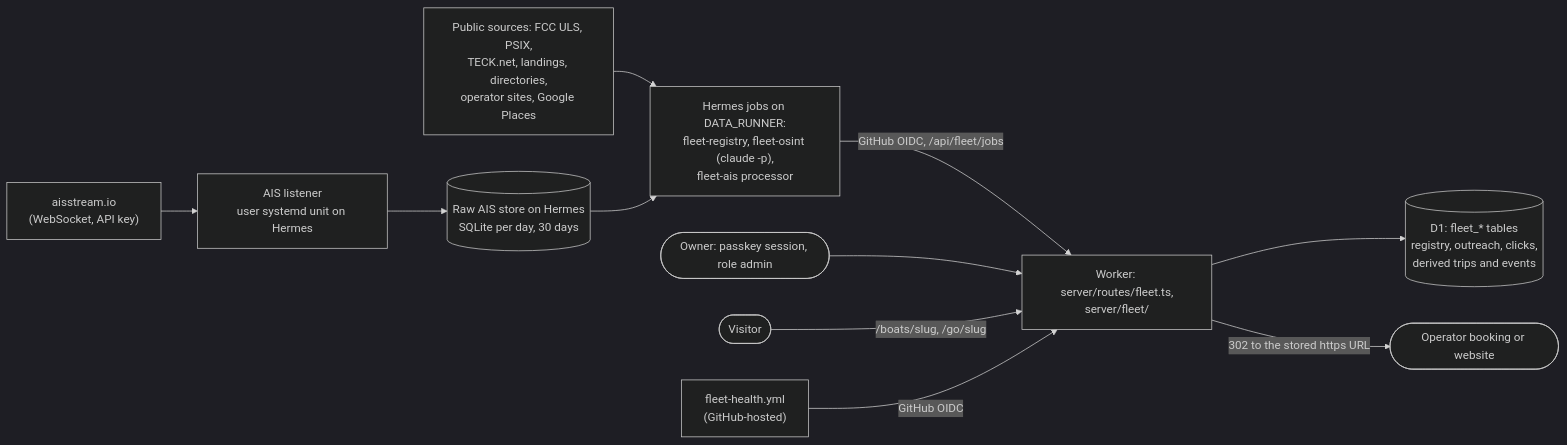
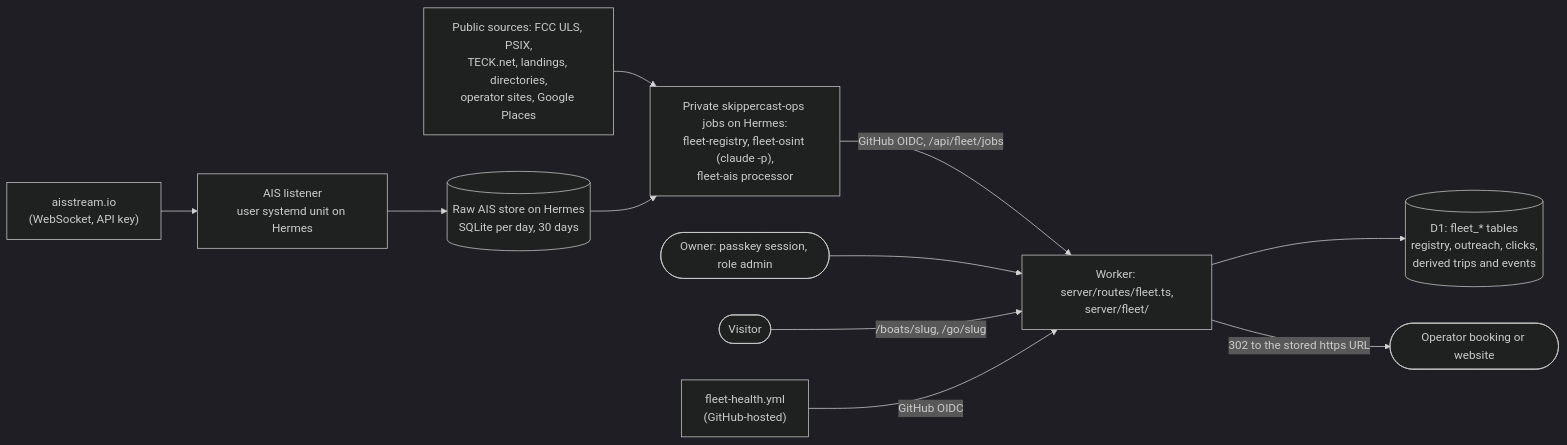
Before and after one commit to Grahammmm/skippercast: the third of 3 diagrams in docs/legal/threat-model.md, drawn with Mermaid (dark theme). The commit also changed other lines of this file and 16 other files, not shown here.

````diff
--- a/docs/legal/threat-model.md
+++ b/docs/legal/threat-model.md
@@ -259,13 +259,13 @@
 ```mermaid
 flowchart LR
     sources["Public sources: FCC ULS, PSIX,<br/>TECK.net, landings, directories,<br/>operator sites, Google Places"] --> jobs
     ais["aisstream.io<br/>(WebSocket, API key)"] --> listener["AIS listener<br/>user systemd unit on Hermes"]
     listener --> raw[("Raw AIS store on Hermes<br/>SQLite per day, 30 days")]
-    raw --> jobs["Hermes jobs on DATA_RUNNER:<br/>fleet-registry, fleet-osint (claude -p),<br/>fleet-ais processor"]
+    raw --> jobs["Private skippercast-ops jobs on Hermes:<br/>fleet-registry, fleet-osint (claude -p),<br/>fleet-ais processor"]
     jobs -->|"GitHub OIDC, /api/fleet/jobs"| worker["Worker: server/routes/fleet.ts,<br/>server/fleet/"]
     worker --> d1[("D1: fleet_* tables<br/>registry, outreach, clicks,<br/>derived trips and events")]
     admin(["Owner: passkey session, role admin"]) --> worker
     visitor(["Visitor"]) -->|"/boats/slug, /go/slug"| worker
     worker -->|"302 to the stored https URL"| operator(["Operator booking or website"])
     health["fleet-health.yml<br/>(GitHub-hosted)"] -->|"GitHub OIDC"| worker
 ```
````
